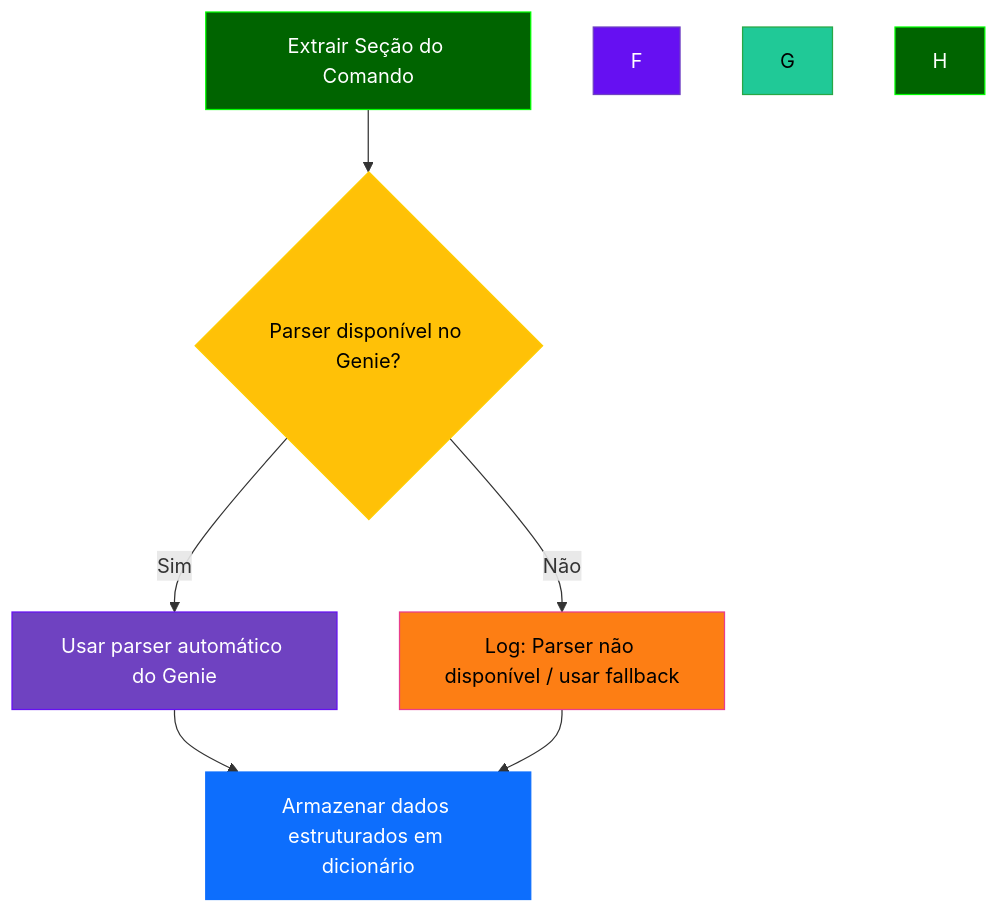
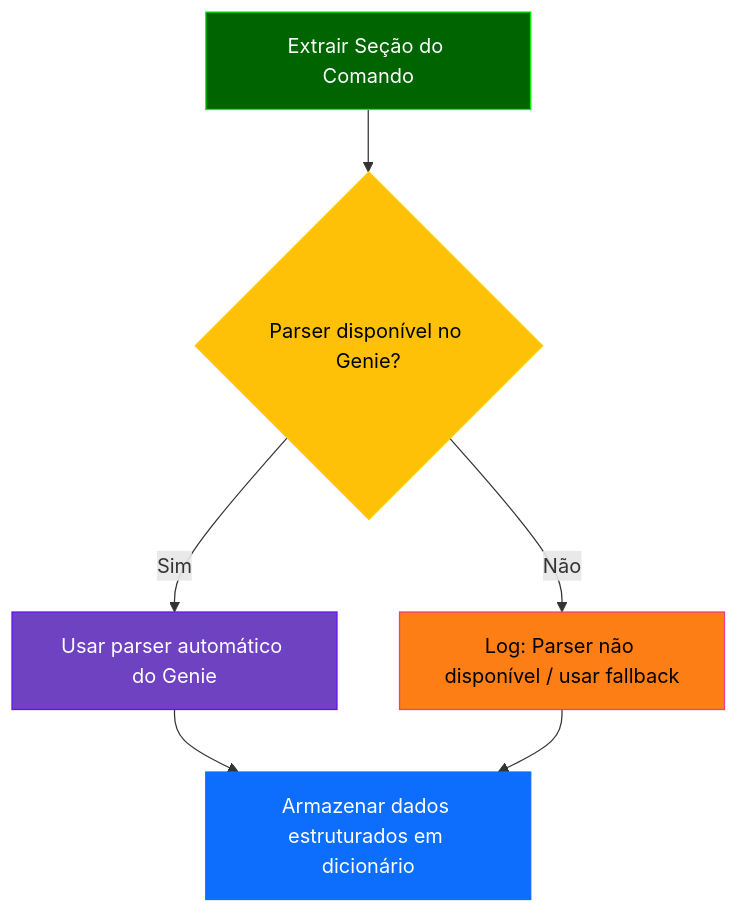
One commit to alcancil/Cisco changed the sixth of 6 diagrams in CCNP 350-401 ENCOR/06 - Automation/20- Python - 14 - Parsing  Automatico - II/README.md. Above: the diagram before and after it, drawn with Mermaid.

Commit message:
Adicionado a pasta 20- Python - 14 - Parsing  Automatico - II

````diff
--- a/CCNP 350-401 ENCOR/06 - Automation/20- Python - 14 - Parsing  Automatico - II/README.md
+++ b/CCNP 350-401 ENCOR/06 - Automation/20- Python - 14 - Parsing  Automatico - II/README.md
@@ -1993,17 +1993,14 @@
 ```mermaid
 graph TD
     A[Extrair Seção do Comando] --> B{Parser disponível no Genie?}
     B -- Sim --> C[Usar parser automático do Genie]
     B -- Não --> D[Log: Parser não disponível / usar fallback]
     C --> E[Armazenar dados estruturados em dicionário]
     D --> E
 
 style A fill:#006400,stroke:#00ff00,color:#ffffff
 style B fill:#ffc107,stroke:#ffcc00,color:#000000
 style C fill:#6f42c1,stroke:#6610f2,color:#ffffff
 style D fill:#fd7e14,stroke:#e83e8c,color:#000000
 style E fill:#0d6efd,stroke:#0d6efd,color:#ffffff
-style F fill:#6610f2,stroke:#6f42c1,color:#ffffff
-style G fill:#20c997,stroke:#28a745,color:#000000
-style H fill:#006400,stroke:#00ff00,color:#ffffff
 ```
````
